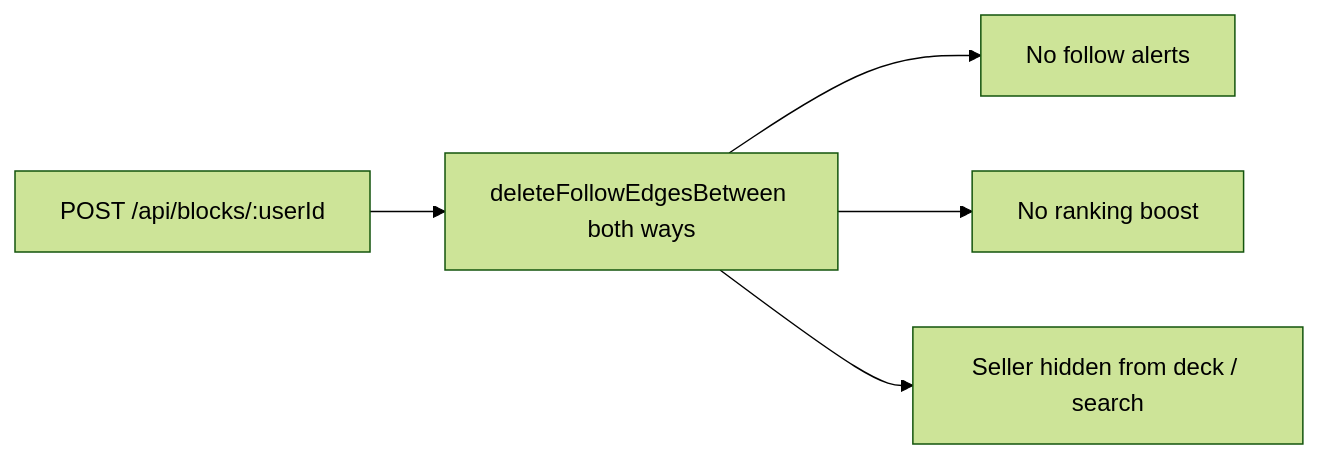
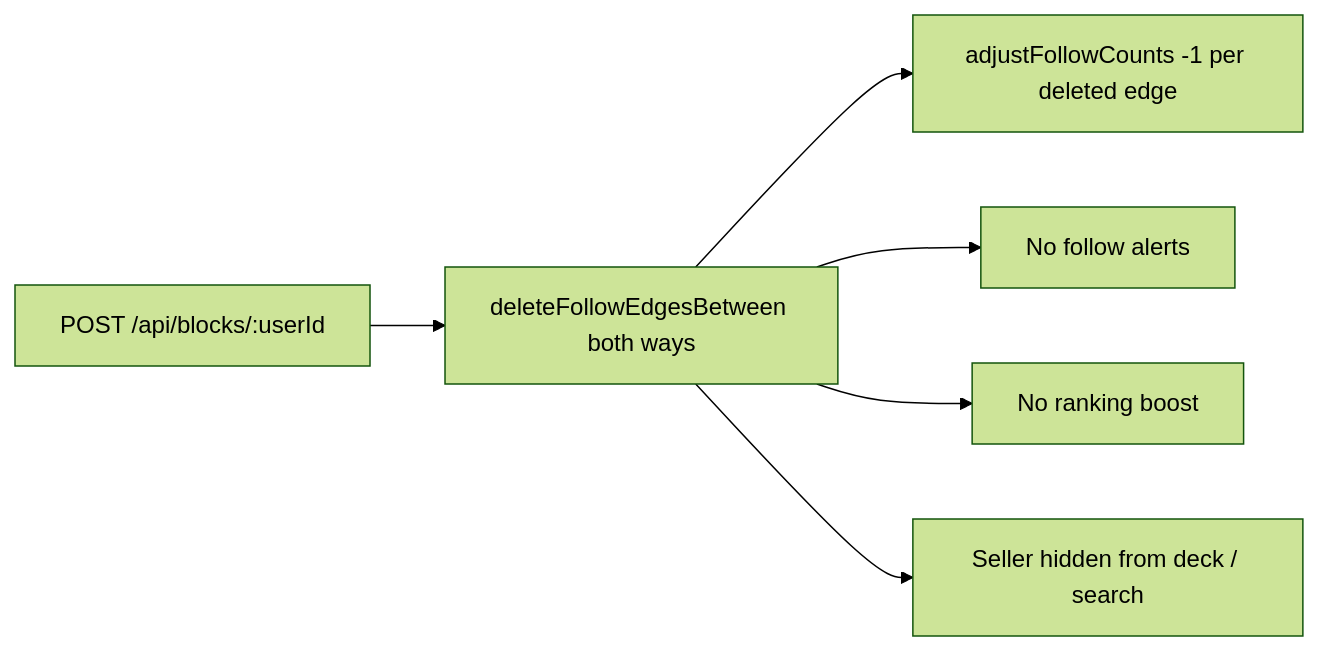
Diagram 13 of 13 in docs/FOLLOW_FEATURE.md (barterinfo/swaphaven-backend), drawn with Mermaid (forest theme) before and after one commit. The commit also changed other lines of this file and 2 other files, not shown here.

````diff
--- a/docs/FOLLOW_FEATURE.md
+++ b/docs/FOLLOW_FEATURE.md
@@ -423,7 +510,8 @@
 ```mermaid
 flowchart LR
   Block[POST /api/blocks/:userId] --> Edges[deleteFollowEdgesBetween both ways]
+  Edges --> Counts[adjustFollowCounts -1 per deleted edge]
   Edges --> NoAlerts[No follow alerts]
   Edges --> NoBoost[No ranking boost]
   Edges --> Hidden[Seller hidden from deck / search]
 ```
````
